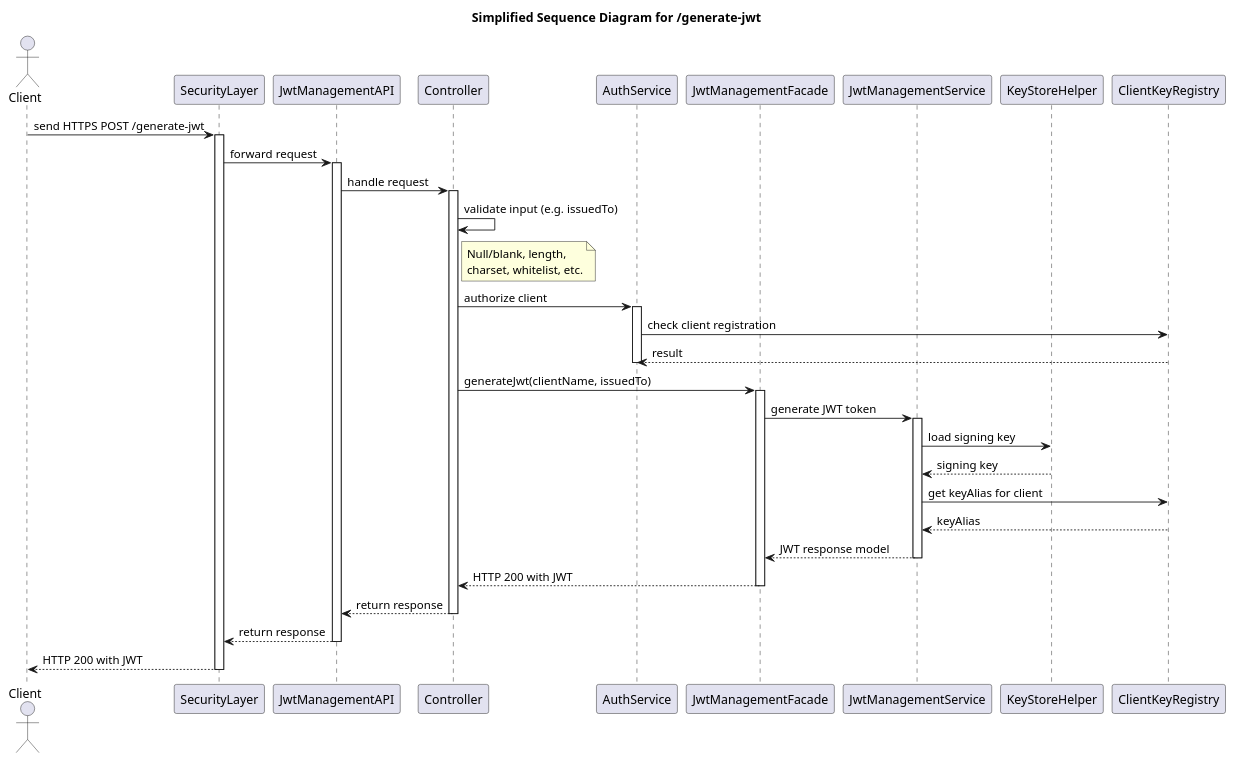
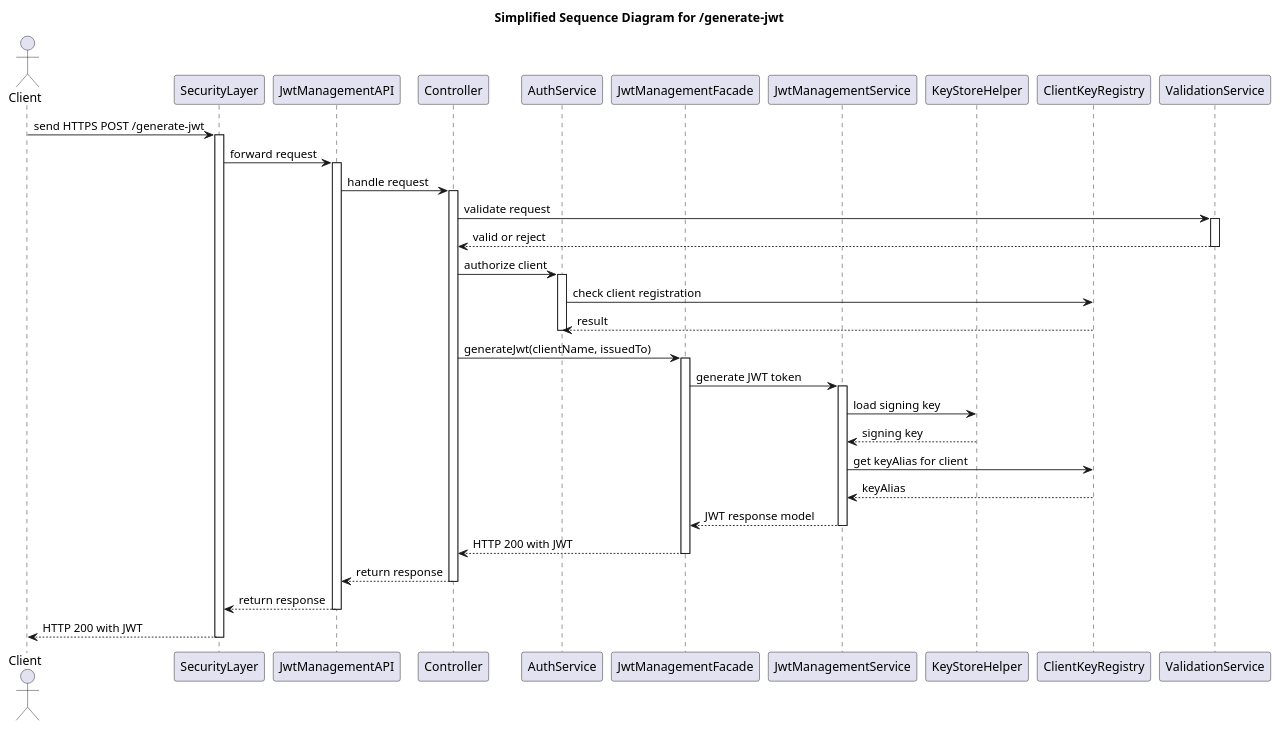
The diagram in documentation/cryptoservice/uml/sequence-diagramm/simple/sequence-diagramm-generate-jwt.puml (Marcey1611/Crypto-Microservice), drawn with PlantUML before and after one commit. The commit also changed 9 other files, not shown here.

Commit message:
updated uml diagrams

```diff
--- a/documentation/cryptoservice/uml/sequence-diagramm/simple/sequence-diagramm-generate-jwt.puml
+++ b/documentation/cryptoservice/uml/sequence-diagramm/simple/sequence-diagramm-generate-jwt.puml
@@ -1,59 +1,61 @@
 @startuml
 title Simplified Sequence Diagram for /generate-jwt
 
 actor Client
 participant SecurityLayer
 participant JwtManagementAPI
 participant Controller
 participant AuthService
 participant JwtManagementFacade
 participant JwtManagementService
 participant KeyStoreHelper
 participant ClientKeyRegistry
 
 Client -> SecurityLayer : send HTTPS POST /generate-jwt
 activate SecurityLayer
 
 SecurityLayer -> JwtManagementAPI : forward request
 activate JwtManagementAPI
 
 JwtManagementAPI -> Controller : handle request
 activate Controller
 
-Controller -> Controller : validate input (e.g. issuedTo)
-note right of Controller : Null/blank, length,\ncharset, whitelist, etc.
+Controller -> ValidationService : validate request
+activate ValidationService
+ValidationService --> Controller : valid or reject
+deactivate ValidationService
 
 Controller -> AuthService : authorize client
 activate AuthService
 AuthService -> ClientKeyRegistry : check client registration
 ClientKeyRegistry --> AuthService : result
 deactivate AuthService
 
 Controller -> JwtManagementFacade : generateJwt(clientName, issuedTo)
 activate JwtManagementFacade
 
 JwtManagementFacade -> JwtManagementService : generate JWT token
 activate JwtManagementService
 
 JwtManagementService -> KeyStoreHelper : load signing key
 KeyStoreHelper --> JwtManagementService : signing key
 
 JwtManagementService -> ClientKeyRegistry : get keyAlias for client
 ClientKeyRegistry --> JwtManagementService : keyAlias
 
 JwtManagementService --> JwtManagementFacade : JWT response model
 deactivate JwtManagementService
 
 JwtManagementFacade --> Controller : HTTP 200 with JWT
 deactivate JwtManagementFacade
 
 Controller --> JwtManagementAPI : return response
 deactivate Controller
 
 JwtManagementAPI --> SecurityLayer : return response
 deactivate JwtManagementAPI
 
 SecurityLayer --> Client : HTTP 200 with JWT
 deactivate SecurityLayer
 
 @enduml
```
